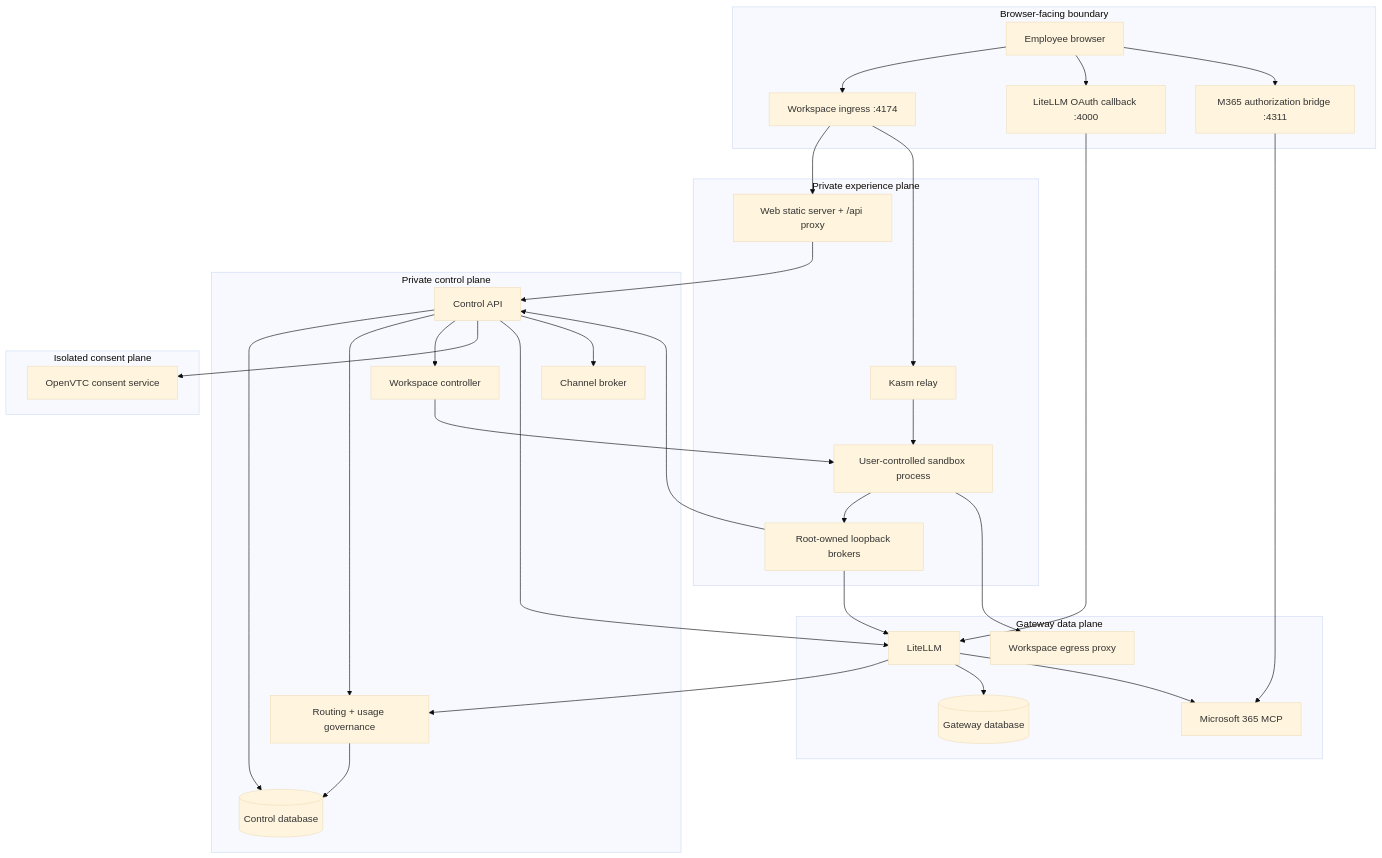
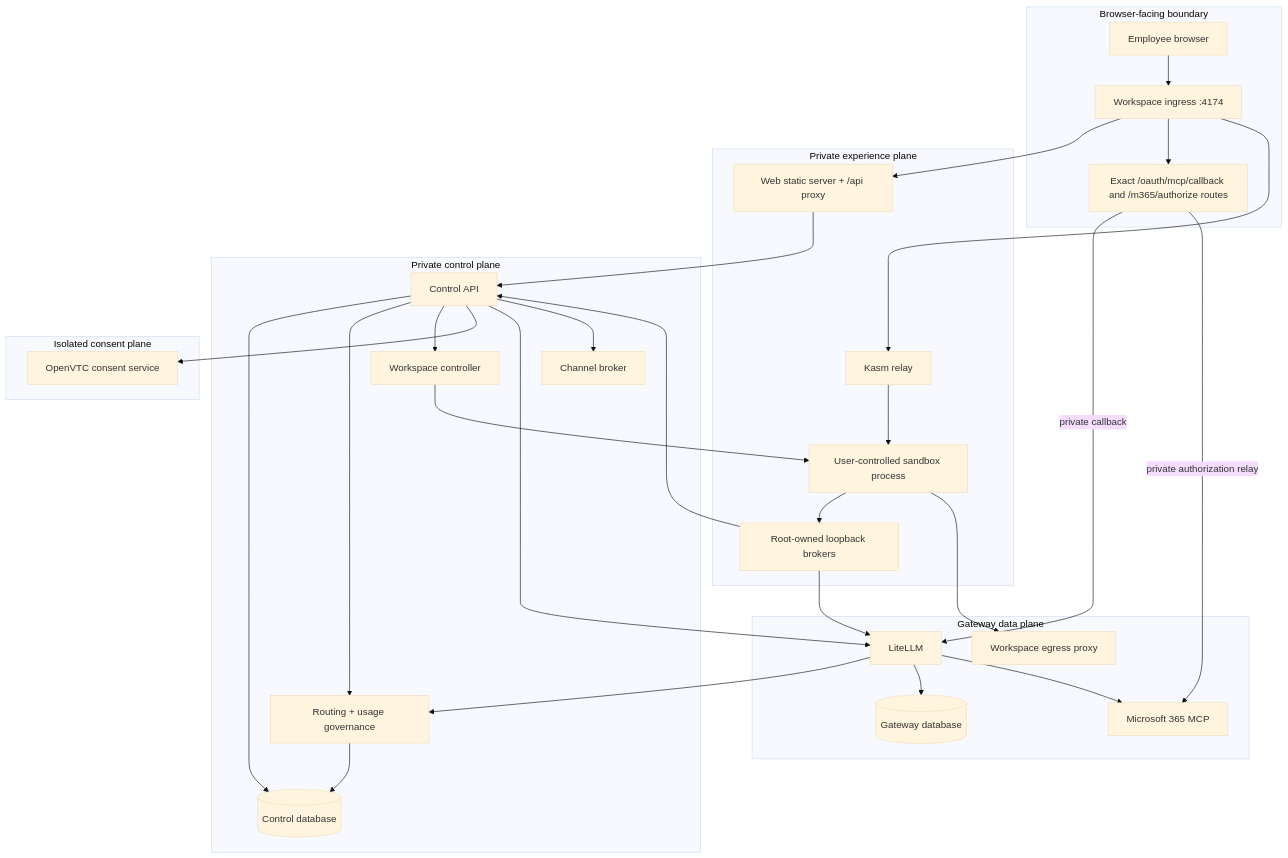
One commit to ONE-Computer/LemmaComputer changed the first of 2 diagrams in docs/architecture.md. Above: the diagram before and after it, drawn with Mermaid (base theme). The commit also changed other lines of this file and 8 other files, not shown here.

Commit message:
document MCP networking and AWS deployment architecture

````diff
--- a/docs/architecture.md
+++ b/docs/architecture.md
@@ -79,54 +79,54 @@
 ```mermaid
 flowchart TB
   subgraph Public["Browser-facing boundary"]
     Browser["Employee browser"]
     Ingress["Workspace ingress :4174"]
-    GatewayOAuth["LiteLLM OAuth callback :4000"]
-    M365Bridge["M365 authorization bridge :4311"]
+    OAuthRoutes["Exact /oauth/mcp/callback and /m365/authorize routes"]
   end
 
   subgraph Experience["Private experience plane"]
     Web["Web static server + /api proxy"]
     Sandbox["User-controlled sandbox process"]
     Loopback["Root-owned loopback brokers"]
     Relay["Kasm relay"]
   end
 
   subgraph ControlPlane["Private control plane"]
     Control["Control API"]
     Governance["Routing + usage governance"]
     Controller["Workspace controller"]
     Channel["Channel broker"]
     ControlDB[("Control database")]
   end
 
   subgraph ConsentPlane["Isolated consent plane"]
     OpenVTC["OpenVTC consent service"]
   end
 
   subgraph DataPlane["Gateway data plane"]
     LiteLLM["LiteLLM"]
     M365["Microsoft 365 MCP"]
     GatewayDB[("Gateway database")]
     Egress["Workspace egress proxy"]
   end
 
   Browser --> Ingress --> Web --> Control
-  Browser --> GatewayOAuth --> LiteLLM
-  Browser --> M365Bridge --> M365
+  Ingress --> OAuthRoutes
+  OAuthRoutes -->|"private callback"| LiteLLM
+  OAuthRoutes -->|"private authorization relay"| M365
   Control --> ControlDB
   Control --> Governance --> ControlDB
   LiteLLM --> Governance
   Control --> Controller
   Control --> OpenVTC
   Control --> LiteLLM
   Control --> Channel
   Controller --> Sandbox
   Ingress --> Relay --> Sandbox
   Sandbox --> Loopback
   Loopback --> Control
   Loopback --> LiteLLM
   Sandbox --> Egress
   LiteLLM --> GatewayDB
   LiteLLM --> M365
 ```
````
